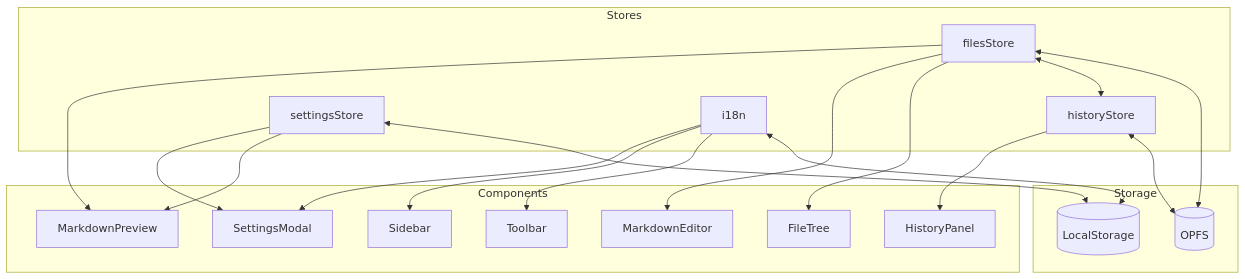
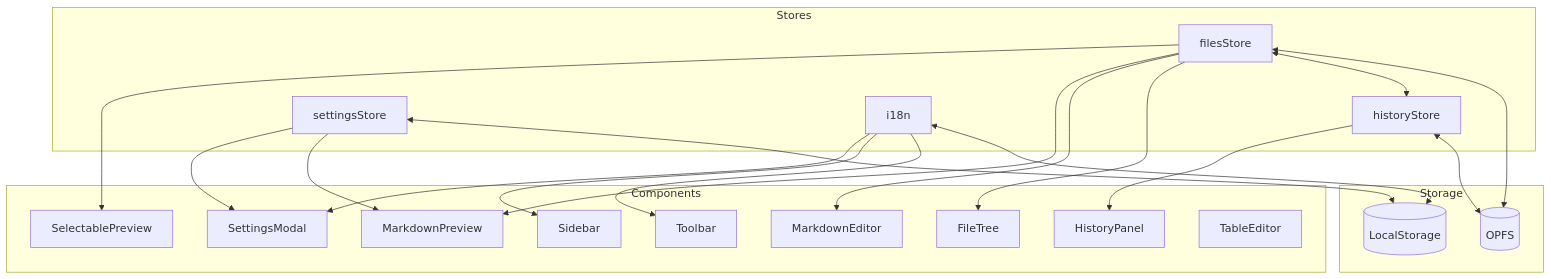
One commit to tabaqatdev/md-to-pdf changed the second of 12 diagrams in ARCHITECTURE.md. Above: the diagram before and after it, drawn with Mermaid. The commit also changed other lines of this file and 2 other files, not shown here.

Commit message:
docs: add README, Architecture docs and GitHub Actions workflow

````diff
--- a/ARCHITECTURE.md
+++ b/ARCHITECTURE.md
@@ -76,41 +76,44 @@
 ```mermaid
 flowchart TB
     subgraph Stores
         FS[filesStore]
         HS[historyStore]
         SS[settingsStore]
         I18N[i18n]
     end
 
     subgraph Storage
         OPFS[(OPFS)]
         LS[(LocalStorage)]
     end
 
     subgraph Components
         SB[Sidebar]
         FT[FileTree]
         HP[HistoryPanel]
         ED[MarkdownEditor]
         PR[MarkdownPreview]
         SM[SettingsModal]
         TB[Toolbar]
+        SP[SelectablePreview]
+        TE[TableEditor]
     end
 
     FS <--> OPFS
     FS <--> HS
     HS <--> OPFS
     FS --> FT
     FS --> ED
     FS --> PR
+    FS --> SP
     HS --> HP
 
     SS <--> LS
     SS --> PR
     SS --> SM
 
     I18N <--> LS
     I18N --> TB
     I18N --> SB
     I18N --> SM
 ```
````
